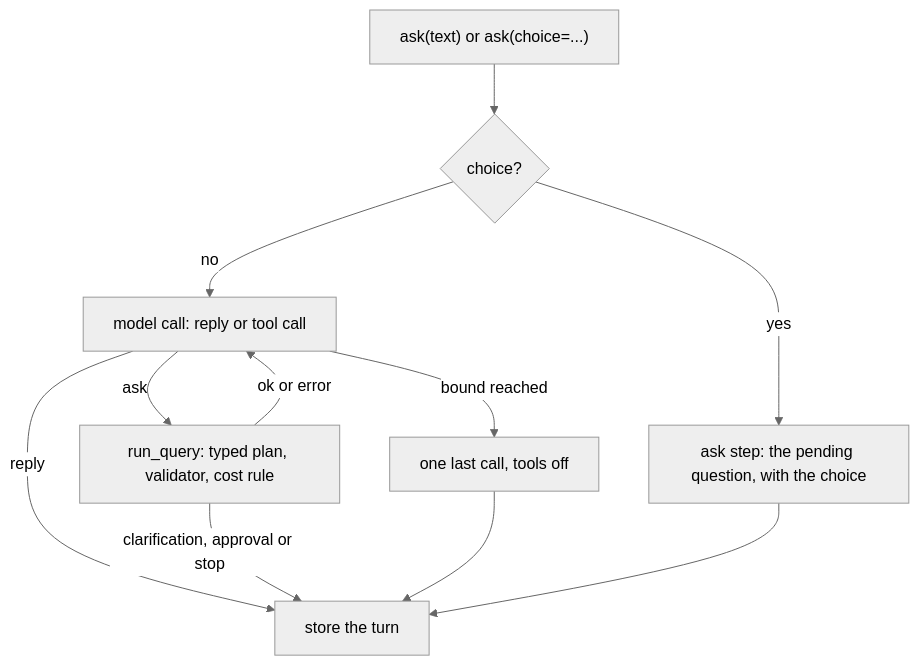
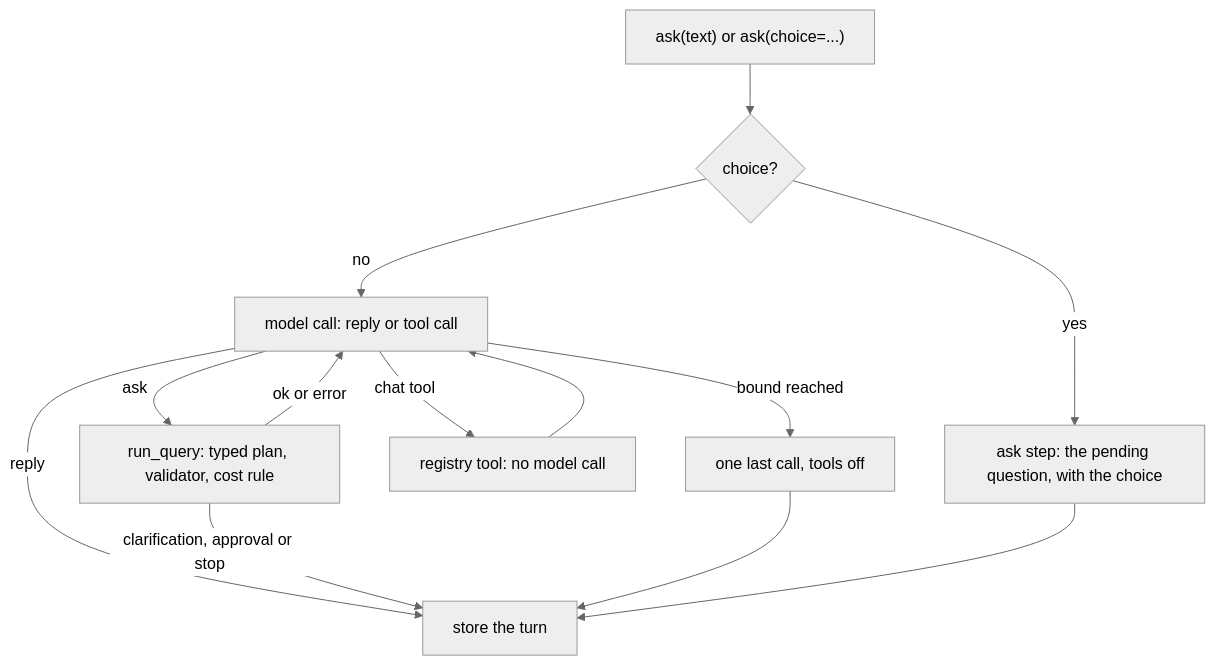
One commit to nadeem4/nl2sql changed the diagram in docs/conversations/index.md. Above: the diagram before and after it, drawn with Mermaid (neutral theme). The commit also changed other lines of this file and 27 other files, not shown here.

````diff
--- a/docs/conversations/index.md
+++ b/docs/conversations/index.md
@@ -24,13 +24,15 @@
 ```mermaid
 flowchart TD
   IN["ask(text) or ask(choice=...)"] --> K{"choice?"}
   K -->|yes| RE["ask step: the pending question, with the choice"]
   K -->|no| M["model call: reply or tool call"]
   M -->|reply| ST["store the turn"]
   M -->|"ask"| RUN["run_query: typed plan, validator, cost rule"]
+  M -->|"chat tool"| TOOL["registry tool: no model call"]
   RUN -->|"clarification, approval or stop"| ST
   RUN -->|"ok or error"| M
+  TOOL --> M
   M -->|"bound reached"| LAST["one last call, tools off"]
   LAST --> ST
   RE --> ST
 ```
````
